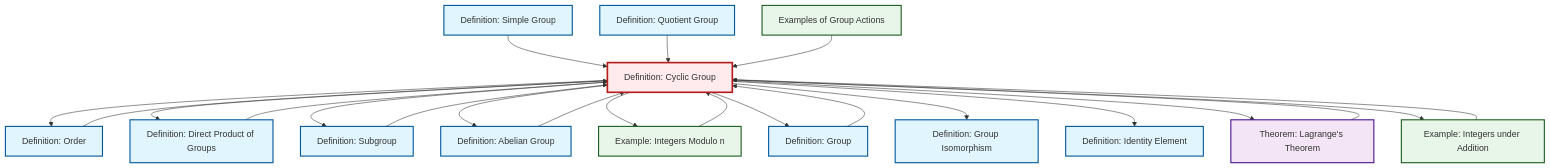
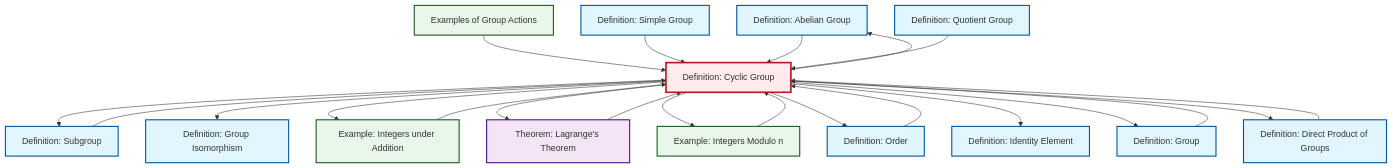
Before and after one commit to RK0429/ModernMath: the diagram in content/ja/algebra/def-cyclic-group.qmd, drawn with Mermaid. The commit also changed other lines of this file and 619 other files, not shown here.

````diff
--- a/content/ja/algebra/def-cyclic-group.qmd
+++ b/content/ja/algebra/def-cyclic-group.qmd
@@ -102,58 +102,58 @@
 ```{mermaid}
 %%| fig-cap: "Local dependency graph"
 graph TD
     classDef definition fill:#e1f5fe,stroke:#01579b,stroke-width:2px
     classDef theorem fill:#f3e5f5,stroke:#4a148c,stroke-width:2px
     classDef axiom fill:#fff3e0,stroke:#e65100,stroke-width:2px
     classDef example fill:#e8f5e9,stroke:#1b5e20,stroke-width:2px
     classDef current fill:#ffebee,stroke:#b71c1c,stroke-width:3px
+    def-abelian-group["Definition: Abelian Group"]:::definition
+    ex-integers-addition["Example: Integers under Addition"]:::example
+    thm-lagrange["Theorem: Lagrange's Theorem"]:::theorem
+    def-group["Definition: Group"]:::definition
+    def-cyclic-group["Definition: Cyclic Group"]:::definition
+    def-simple-group["Definition: Simple Group"]:::definition
+    def-subgroup["Definition: Subgroup"]:::definition
+    def-quotient-group["Definition: Quotient Group"]:::definition
+    def-isomorphism["Definition: Group Isomorphism"]:::definition
+    ex-quotient-integers-mod-n["Example: Integers Modulo n"]:::example
+    def-order["Definition: Order"]:::definition
+    ex-group-action-examples["Examples of Group Actions"]:::example
     def-identity-element["Definition: Identity Element"]:::definition
-    def-cyclic-group["Definition: Cyclic Group"]:::definition
-    def-order["Definition: Order"]:::definition
-    ex-quotient-integers-mod-n["Example: Integers Modulo n"]:::example
-    thm-lagrange["Theorem: Lagrange's Theorem"]:::theorem
-    def-simple-group["Definition: Simple Group"]:::definition
-    ex-integers-addition["Example: Integers under Addition"]:::example
-    ex-group-action-examples["Examples of Group Actions"]:::example
-    def-isomorphism["Definition: Group Isomorphism"]:::definition
-    def-quotient-group["Definition: Quotient Group"]:::definition
-    def-abelian-group["Definition: Abelian Group"]:::definition
-    def-subgroup["Definition: Subgroup"]:::definition
     def-direct-product["Definition: Direct Product of Groups"]:::definition
-    def-group["Definition: Group"]:::definition
+    def-cyclic-group --> def-subgroup
+    def-group --> def-cyclic-group
+    def-cyclic-group --> def-isomorphism
+    ex-group-action-examples --> def-cyclic-group
+    thm-lagrange --> def-cyclic-group
+    def-subgroup --> def-cyclic-group
+    def-cyclic-group --> ex-integers-addition
+    def-order --> def-cyclic-group
+    def-cyclic-group --> def-abelian-group
+    def-direct-product --> def-cyclic-group
+    def-cyclic-group --> thm-lagrange
+    ex-integers-addition --> def-cyclic-group
+    def-cyclic-group --> ex-quotient-integers-mod-n
     def-cyclic-group --> def-order
+    def-cyclic-group --> def-identity-element
     def-simple-group --> def-cyclic-group
-    thm-lagrange --> def-cyclic-group
+    def-abelian-group --> def-cyclic-group
+    def-cyclic-group --> def-group
+    ex-quotient-integers-mod-n --> def-cyclic-group
     def-quotient-group --> def-cyclic-group
-    def-subgroup --> def-cyclic-group
     def-cyclic-group --> def-direct-product
-    def-group --> def-cyclic-group
-    def-order --> def-cyclic-group
-    def-abelian-group --> def-cyclic-group
-    def-cyclic-group --> def-subgroup
-    def-direct-product --> def-cyclic-group
-    ex-integers-addition --> def-cyclic-group
-    def-cyclic-group --> def-abelian-group
-    def-cyclic-group --> ex-quotient-integers-mod-n
-    ex-quotient-integers-mod-n --> def-cyclic-group
-    def-cyclic-group --> def-group
-    def-cyclic-group --> def-isomorphism
-    def-cyclic-group --> def-identity-element
-    def-cyclic-group --> thm-lagrange
-    def-cyclic-group --> ex-integers-addition
-    ex-group-action-examples --> def-cyclic-group
     class def-cyclic-group current
+    click def-abelian-group "def-abelian-group.html" "Definition: Abelian Groupへ"
+    click ex-integers-addition "ex-integers-addition.html" "Example: Integers under Additionへ"
+    click thm-lagrange "thm-lagrange.html" "Theorem: Lagrange's Theoremへ"
+    click def-group "def-group.html" "Definition: Groupへ"
+    click def-simple-group "def-simple-group.html" "Definition: Simple Groupへ"
+    click def-subgroup "def-subgroup.html" "Definition: Subgroupへ"
+    click def-quotient-group "def-quotient-group.html" "Definition: Quotient Groupへ"
+    click def-isomorphism "def-isomorphism.html" "Definition: Group Isomorphismへ"
+    click ex-quotient-integers-mod-n "ex-quotient-integers-mod-n.html" "Example: Integers Modulo nへ"
+    click def-order "def-order.html" "Definition: Orderへ"
+    click ex-group-action-examples "ex-group-action-examples.html" "Examples of Group Actionsへ"
     click def-identity-element "def-identity-element.html" "Definition: Identity Elementへ"
-    click def-order "def-order.html" "Definition: Orderへ"
-    click ex-quotient-integers-mod-n "ex-quotient-integers-mod-n.html" "Example: Integers Modulo nへ"
-    click thm-lagrange "thm-lagrange.html" "Theorem: Lagrange's Theoremへ"
-    click def-simple-group "def-simple-group.html" "Definition: Simple Groupへ"
-    click ex-integers-addition "ex-integers-addition.html" "Example: Integers under Additionへ"
-    click ex-group-action-examples "ex-group-action-examples.html" "Examples of Group Actionsへ"
-    click def-isomorphism "def-isomorphism.html" "Definition: Group Isomorphismへ"
-    click def-quotient-group "def-quotient-group.html" "Definition: Quotient Groupへ"
-    click def-abelian-group "def-abelian-group.html" "Definition: Abelian Groupへ"
-    click def-subgroup "def-subgroup.html" "Definition: Subgroupへ"
     click def-direct-product "def-direct-product.html" "Definition: Direct Product of Groupsへ"
-    click def-group "def-group.html" "Definition: Groupへ"
 ```
````
